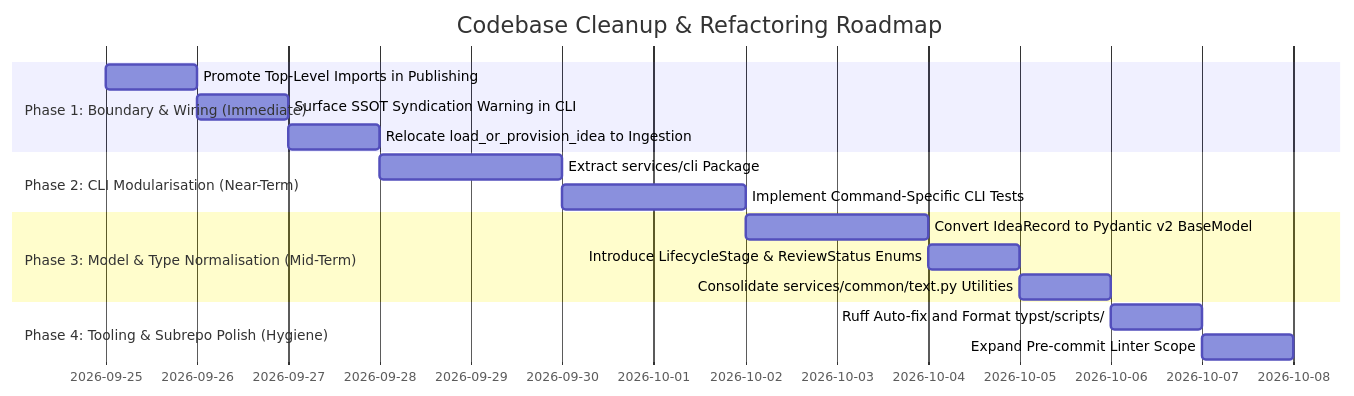
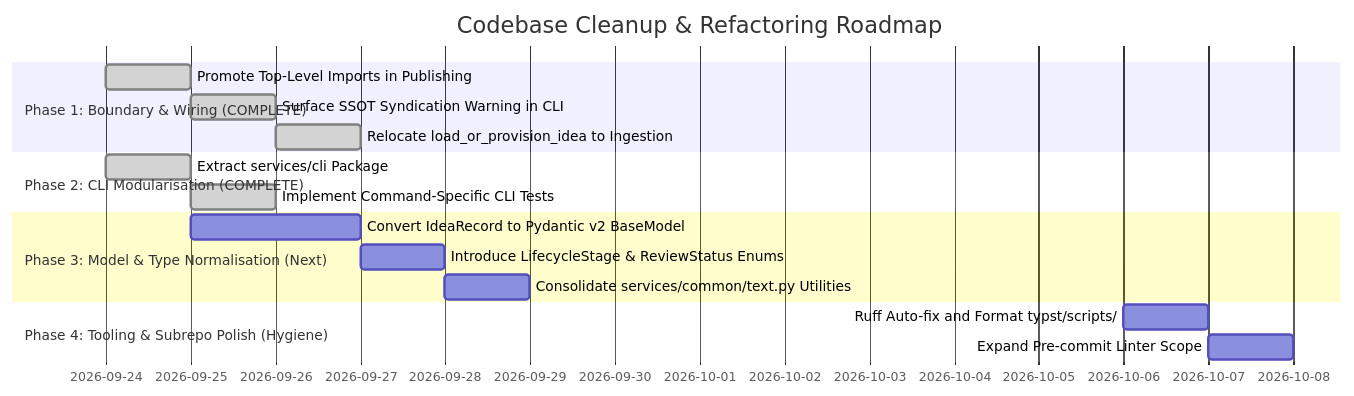
One commit to Schmoiger/100-ideas changed the second of 2 diagrams in artefacts/build/tech-review.md. Above: the diagram before and after it, drawn with Mermaid. The commit also changed other lines of this file and 1 other file, not shown here.

````diff
--- a/artefacts/build/tech-review.md
+++ b/artefacts/build/tech-review.md
@@ -228,19 +221,19 @@
 ```mermaid
 gantt
     title Codebase Cleanup & Refactoring Roadmap
     dateFormat  YYYY-MM-DD
-    section Phase 1: Boundary & Wiring (Immediate)
-    Promote Top-Level Imports in Publishing :p1_1, 2026-09-25, 1d
-    Surface SSOT Syndication Warning in CLI :p1_2, after p1_1, 1d
-    Relocate load_or_provision_idea to Ingestion :p1_3, after p1_2, 1d
-    section Phase 2: CLI Modularisation (Near-Term)
-    Extract services/cli Package :p2_1, 2026-09-28, 2d
-    Implement Command-Specific CLI Tests :p2_2, after p2_1, 2d
-    section Phase 3: Model & Type Normalisation (Mid-Term)
-    Convert IdeaRecord to Pydantic v2 BaseModel :p3_1, 2026-10-02, 2d
+    section Phase 1: Boundary & Wiring (COMPLETE)
+    Promote Top-Level Imports in Publishing :done, p1_1, 2026-09-24, 1d
+    Surface SSOT Syndication Warning in CLI :done, p1_2, after p1_1, 1d
+    Relocate load_or_provision_idea to Ingestion :done, p1_3, after p1_2, 1d
+    section Phase 2: CLI Modularisation (COMPLETE)
+    Extract services/cli Package :done, p2_1, 2026-09-24, 1d
+    Implement Command-Specific CLI Tests :done, p2_2, after p2_1, 1d
+    section Phase 3: Model & Type Normalisation (Next)
+    Convert IdeaRecord to Pydantic v2 BaseModel :p3_1, 2026-09-25, 2d
     Introduce LifecycleStage & ReviewStatus Enums :p3_2, after p3_1, 1d
     Consolidate services/common/text.py Utilities :p3_3, after p3_2, 1d
     section Phase 4: Tooling & Subrepo Polish (Hygiene)
     Ruff Auto-fix and Format typst/scripts/ :p4_1, 2026-10-06, 1d
     Expand Pre-commit Linter Scope :p4_2, after p4_1, 1d
 ```
````
